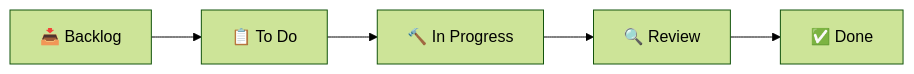
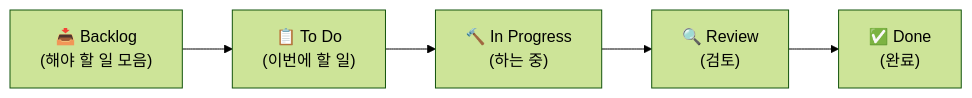
Before and after one commit to bbnotest/Smart4_PM: the first of 2 diagrams in 01_Trello/Guide.md, drawn with Mermaid (forest theme). The commit also changed other lines of this file and 4 other files, not shown here.

````diff
--- a/01_Trello/Guide.md
+++ b/01_Trello/Guide.md
@@ -77,4 +95,4 @@
 ```mermaid
 graph LR
-    A["📥 Backlog"] --> B["📋 To Do"] --> C["🔨 In Progress"] --> D["🔍 Review"] --> E["✅ Done"]
+    A["📥 Backlog<br/>(해야 할 일 모음)"] --> B["📋 To Do<br/>(이번에 할 일)"] --> C["🔨 In Progress<br/>(하는 중)"] --> D["🔍 Review<br/>(검토)"] --> E["✅ Done<br/>(완료)"]
 ```
````
